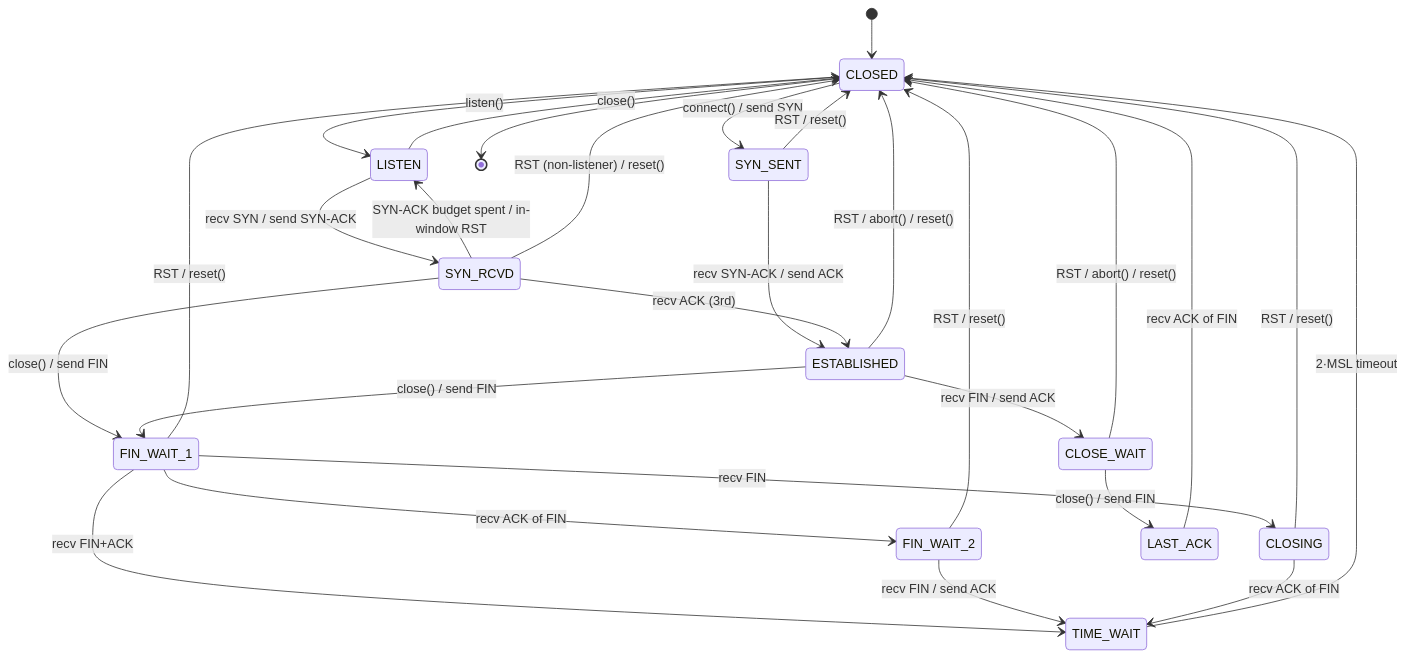
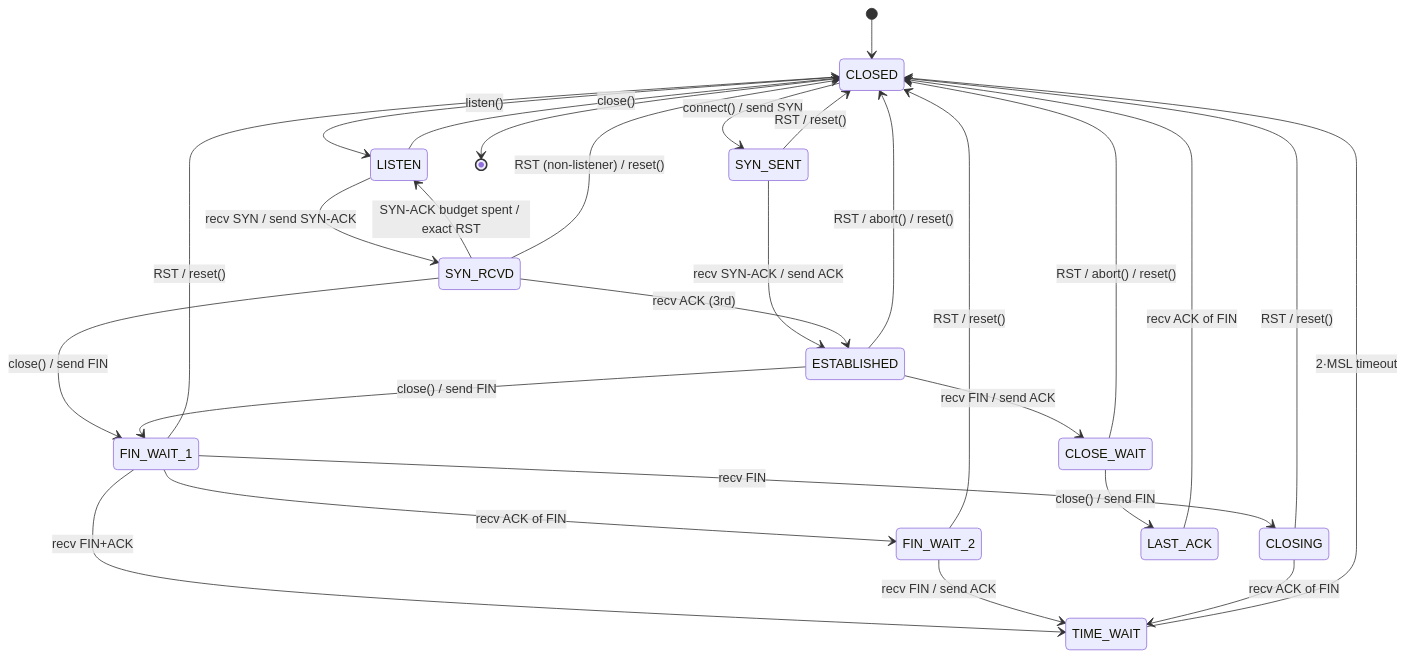
Before and after one commit to mjsabby/tcp-sans-io: the diagram in docs/state-machine.md, drawn with Mermaid. The commit also changed other lines of this file and 16 other files, not shown here.

````diff
--- a/docs/state-machine.md
+++ b/docs/state-machine.md
@@ -17,42 +17,42 @@
 ```mermaid
 stateDiagram-v2
     direction TB
     [*] --> CLOSED
 
     CLOSED --> SYN_SENT: connect() / send SYN
     CLOSED --> LISTEN: listen()
 
     LISTEN --> SYN_RCVD: recv SYN / send SYN-ACK
     LISTEN --> CLOSED: close()
 
     SYN_SENT --> ESTABLISHED: recv SYN-ACK / send ACK
     SYN_SENT --> CLOSED: RST / reset()
 
     SYN_RCVD --> ESTABLISHED: recv ACK (3rd)
-    SYN_RCVD --> LISTEN: SYN-ACK budget spent / in-window RST
+    SYN_RCVD --> LISTEN: SYN-ACK budget spent / exact RST
     SYN_RCVD --> FIN_WAIT_1: close() / send FIN
     SYN_RCVD --> CLOSED: RST (non-listener) / reset()
 
     ESTABLISHED --> FIN_WAIT_1: close() / send FIN
     ESTABLISHED --> CLOSE_WAIT: recv FIN / send ACK
     ESTABLISHED --> CLOSED: RST / abort() / reset()
 
     FIN_WAIT_1 --> FIN_WAIT_2: recv ACK of FIN
     FIN_WAIT_1 --> CLOSING: recv FIN
     FIN_WAIT_1 --> TIME_WAIT: recv FIN+ACK
     FIN_WAIT_1 --> CLOSED: RST / reset()
 
     FIN_WAIT_2 --> TIME_WAIT: recv FIN / send ACK
     FIN_WAIT_2 --> CLOSED: RST / reset()
 
     CLOSING --> TIME_WAIT: recv ACK of FIN
     CLOSING --> CLOSED: RST / reset()
 
     TIME_WAIT --> CLOSED: 2·MSL timeout
 
     CLOSE_WAIT --> LAST_ACK: close() / send FIN
     CLOSE_WAIT --> CLOSED: RST / abort() / reset()
 
     LAST_ACK --> CLOSED: recv ACK of FIN
     CLOSED --> [*]
 ```
````
